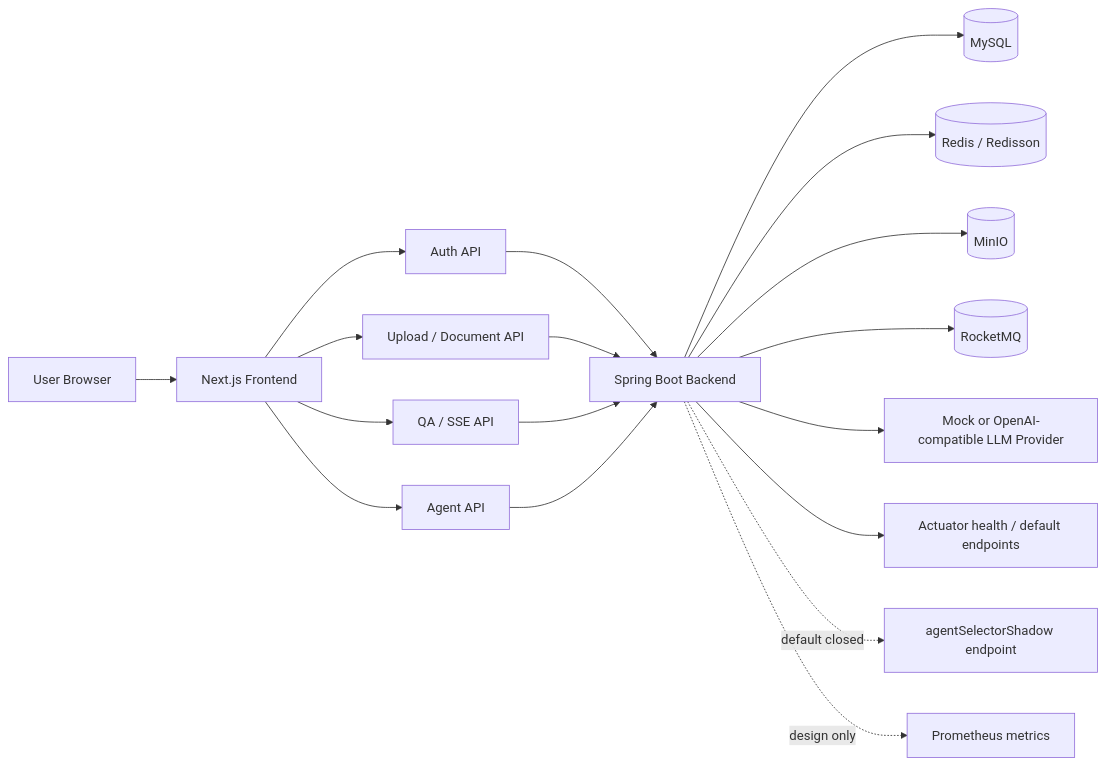
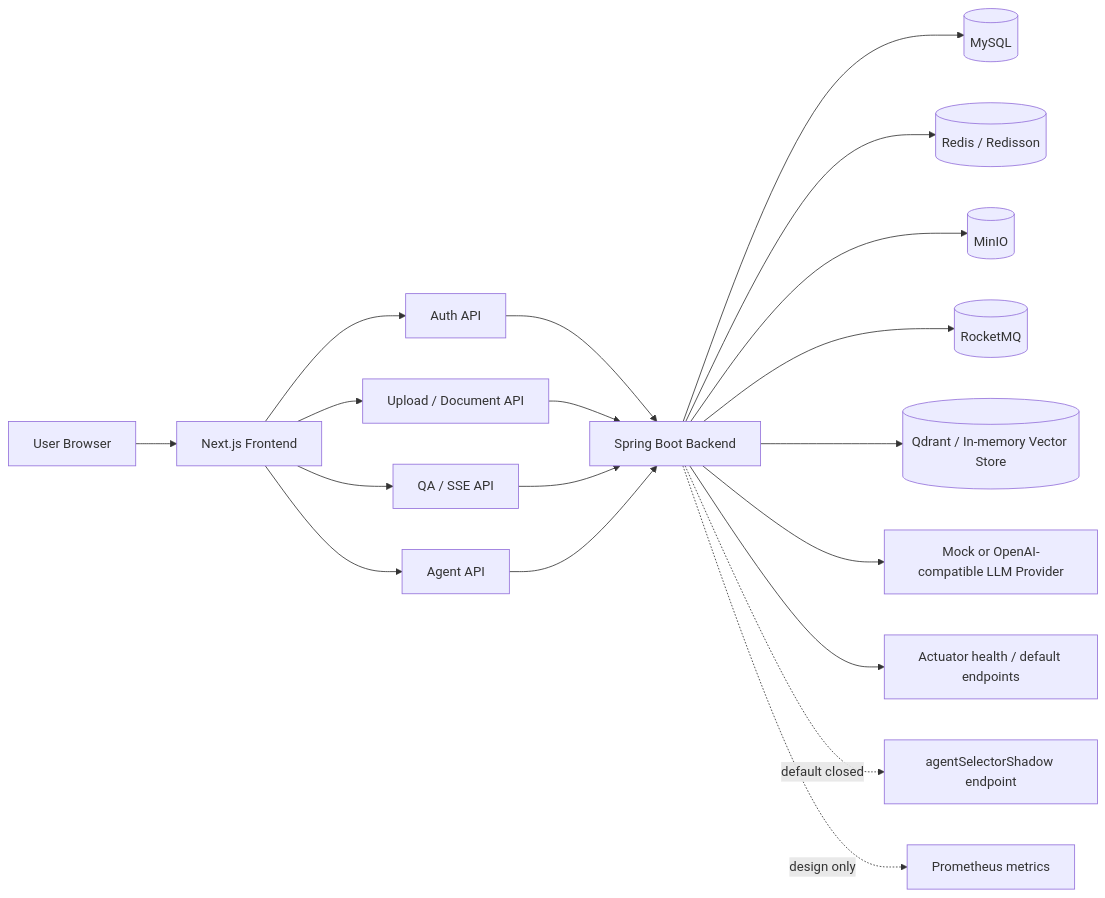
One commit to kisaki623/DocPilot changed the first of 2 diagrams in docs/showcase/PROJECT_ARCHITECTURE_OVERVIEW.md. Above: the diagram before and after it, drawn with Mermaid. The commit also changed other lines of this file and 56 other files, not shown here.

````diff
--- a/docs/showcase/PROJECT_ARCHITECTURE_OVERVIEW.md
+++ b/docs/showcase/PROJECT_ARCHITECTURE_OVERVIEW.md
@@ -17,23 +18,24 @@
 ```mermaid
 flowchart LR
   User[User Browser] --> Frontend[Next.js Frontend]
   Frontend --> Auth[Auth API]
   Frontend --> Upload[Upload / Document API]
   Frontend --> QA[QA / SSE API]
   Frontend --> Agent[Agent API]
 
   Auth --> Backend[Spring Boot Backend]
   Upload --> Backend
   QA --> Backend
   Agent --> Backend
 
   Backend --> MySQL[(MySQL)]
   Backend --> Redis[(Redis / Redisson)]
   Backend --> MinIO[(MinIO)]
   Backend --> MQ[(RocketMQ)]
+  Backend --> Vector[(Qdrant / In-memory Vector Store)]
   Backend --> LLM[Mock or OpenAI-compatible LLM Provider]
 
   Backend --> Actuator[Actuator health / default endpoints]
   Backend -. default closed .-> SelectorEndpoint[agentSelectorShadow endpoint]
   Backend -. design only .-> Prometheus[Prometheus metrics]
 ```
````
